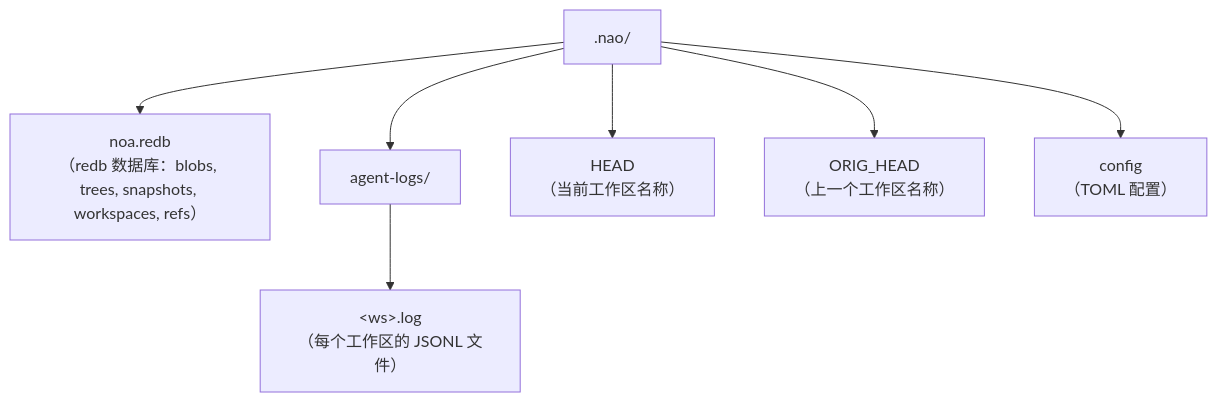
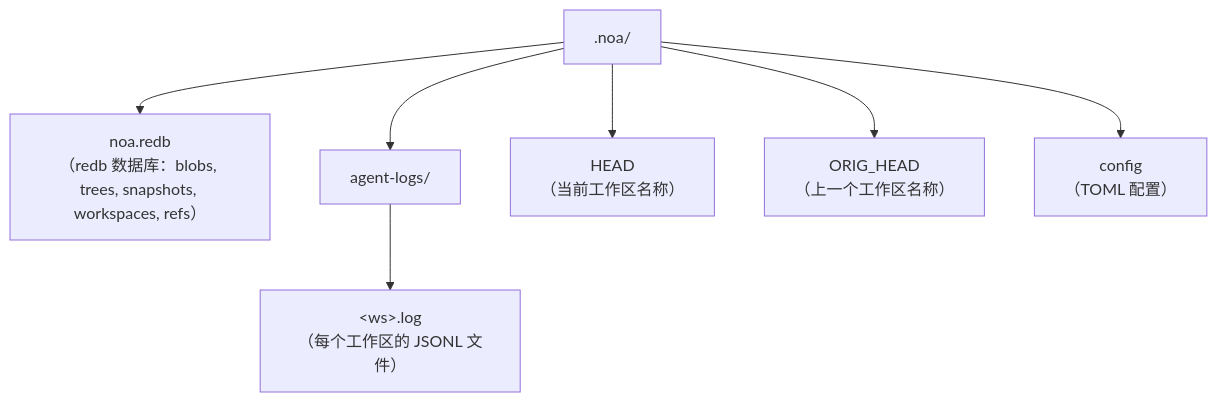
The first of 2 diagrams in docs/zh-hans/guides/architecture.md (celestia-island/noa), drawn with Mermaid before and after one commit. The commit also changed other lines of this file and 10 other files, not shown here.

````diff
--- a/docs/zh-hans/guides/architecture.md
+++ b/docs/zh-hans/guides/architecture.md
@@ -65,9 +63,9 @@
 ```mermaid
 graph TD
-    NOA[".nao/"] --> DB["noa.redb<br/>（redb 数据库：blobs, trees, snapshots, workspaces, refs）"]
+    NOA[".noa/"] --> DB["noa.redb<br/>（redb 数据库：blobs, trees, snapshots, workspaces, refs）"]
     NOA --> LOGS["agent-logs/"]
     LOGS --> LOG1["&lt;ws&gt;.log<br/>（每个工作区的 JSONL 文件）"]
     NOA --> HEAD["HEAD<br/>（当前工作区名称）"]
     NOA --> ORIG["ORIG_HEAD<br/>（上一个工作区名称）"]
     NOA --> CFG["config<br/>（TOML 配置）"]
 ```
````
